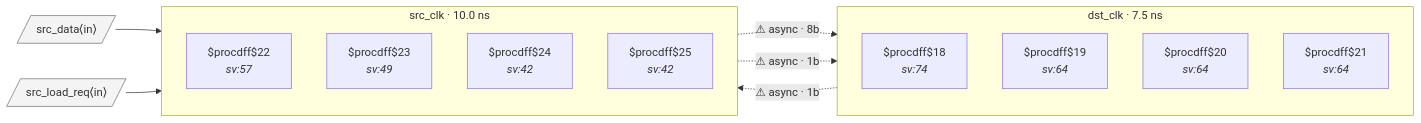
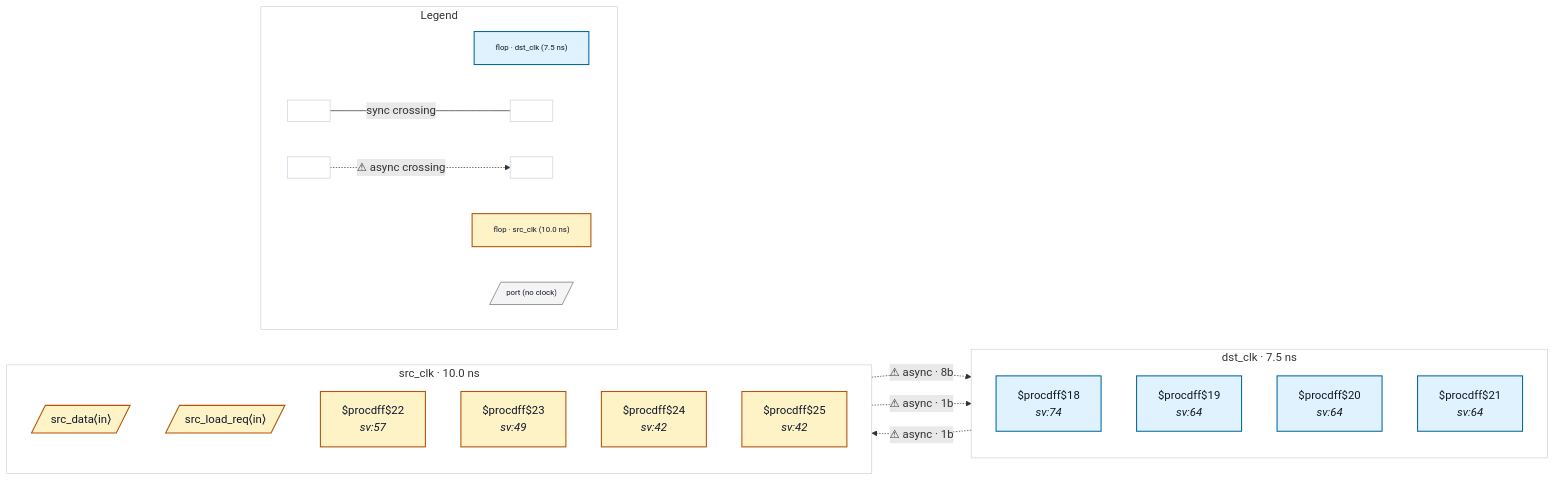
Before and after one commit to rtl-buddy/rtl-buddy-cdc: the diagram in tests/fixtures/good_buffered_gated_bus_crossing/README.md, drawn with Mermaid. The commit also changed 71 other files, not shown here.

First line of the commit message:
Refresh fixture READMEs + render iterations (colors, legend, nested ports, clock-net edges)

````diff
--- a/tests/fixtures/good_buffered_gated_bus_crossing/README.md
+++ b/tests/fixtures/good_buffered_gated_bus_crossing/README.md
@@ -33,26 +33,49 @@
 ```mermaid
 %% good_buffered_gated_bus_crossing — generated by rtl-buddy-cdc render
 flowchart LR
   subgraph clk_dst_clk["dst_clk · 7.5 ns"]
     direction TB
-    f_5f2400a7["$procdff$18<br/><i>sv:74</i>"]
-    f_66b117c2["$procdff$19<br/><i>sv:64</i>"]
-    f_82e43216["$procdff$20<br/><i>sv:64</i>"]
-    f_1df911b6["$procdff$21<br/><i>sv:64</i>"]
+    f_5f2400a7["$procdff$18<br/><i>sv:74</i>"]:::ckcls_dst_clk
+    f_66b117c2["$procdff$19<br/><i>sv:64</i>"]:::ckcls_dst_clk
+    f_82e43216["$procdff$20<br/><i>sv:64</i>"]:::ckcls_dst_clk
+    f_1df911b6["$procdff$21<br/><i>sv:64</i>"]:::ckcls_dst_clk
   end
   subgraph clk_src_clk["src_clk · 10.0 ns"]
     direction TB
-    f_6d9afb81["$procdff$22<br/><i>sv:57</i>"]
-    f_22ab5da6["$procdff$23<br/><i>sv:49</i>"]
-    f_d94d73f8["$procdff$24<br/><i>sv:42</i>"]
-    f_90738f22["$procdff$25<br/><i>sv:42</i>"]
+    p_in_src_data[/"src_data⟨in⟩"/]:::ckcls_src_clk
+    p_in_src_load_req[/"src_load_req⟨in⟩"/]:::ckcls_src_clk
+    f_6d9afb81["$procdff$22<br/><i>sv:57</i>"]:::ckcls_src_clk
+    f_22ab5da6["$procdff$23<br/><i>sv:49</i>"]:::ckcls_src_clk
+    f_d94d73f8["$procdff$24<br/><i>sv:42</i>"]:::ckcls_src_clk
+    f_90738f22["$procdff$25<br/><i>sv:42</i>"]:::ckcls_src_clk
   end
-  p_in_src_data[/"src_data⟨in⟩"/]:::port
-  p_in_src_load_req[/"src_load_req⟨in⟩"/]:::port
-  p_in_src_data --> f_6d9afb81
-  p_in_src_load_req --> f_6d9afb81
   f_66b117c2 -. "⚠ async · 1b" .-> f_d94d73f8
   f_6d9afb81 -. "⚠ async · 8b" .-> f_5f2400a7
   f_22ab5da6 -. "⚠ async · 1b" .-> f_82e43216
-  classDef port fill:#f4f4f5,stroke:#71717a
+  subgraph rb_legend["Legend"]
+    direction LR
+    lg_clk_dst_clk["flop · dst_clk (7.5 ns)"]:::ckcls_dst_clk
+    lg_clk_src_clk["flop · src_clk (10.0 ns)"]:::ckcls_src_clk
+    lg_port[/"port (no clock)"/]:::port_unassigned
+    lg_sync_a[" "]:::ckcls_legend_neutral
+    lg_sync_b[" "]:::ckcls_legend_neutral
+    lg_async_a[" "]:::ckcls_legend_neutral
+    lg_async_b[" "]:::ckcls_legend_neutral
+    lg_sync_a --- |"sync crossing"| lg_sync_b
+    lg_async_a -. "⚠ async crossing" .-> lg_async_b
+  end
+  style clk_dst_clk fill:none,stroke:#cbd5e1
+  style clk_src_clk fill:none,stroke:#cbd5e1
+  style rb_legend fill:none,stroke:#cbd5e1
+  style lg_clk_dst_clk font-size:11px
+  style lg_clk_src_clk font-size:11px
+  style lg_port font-size:11px
+  style lg_sync_a font-size:11px
+  style lg_sync_b font-size:11px
+  style lg_async_a font-size:11px
+  style lg_async_b font-size:11px
+  classDef ckcls_dst_clk fill:#e0f2fe,stroke:#0369a1,stroke-width:1.5px,color:#0f172a
+  classDef ckcls_src_clk fill:#fef3c7,stroke:#b45309,stroke-width:1.5px,color:#0f172a
+  classDef port_unassigned fill:#f4f4f5,stroke:#71717a,color:#0f172a
+  classDef ckcls_legend_neutral fill:#ffffff,stroke:#cbd5e1,stroke-width:1px,color:#0f172a
 ```
````
